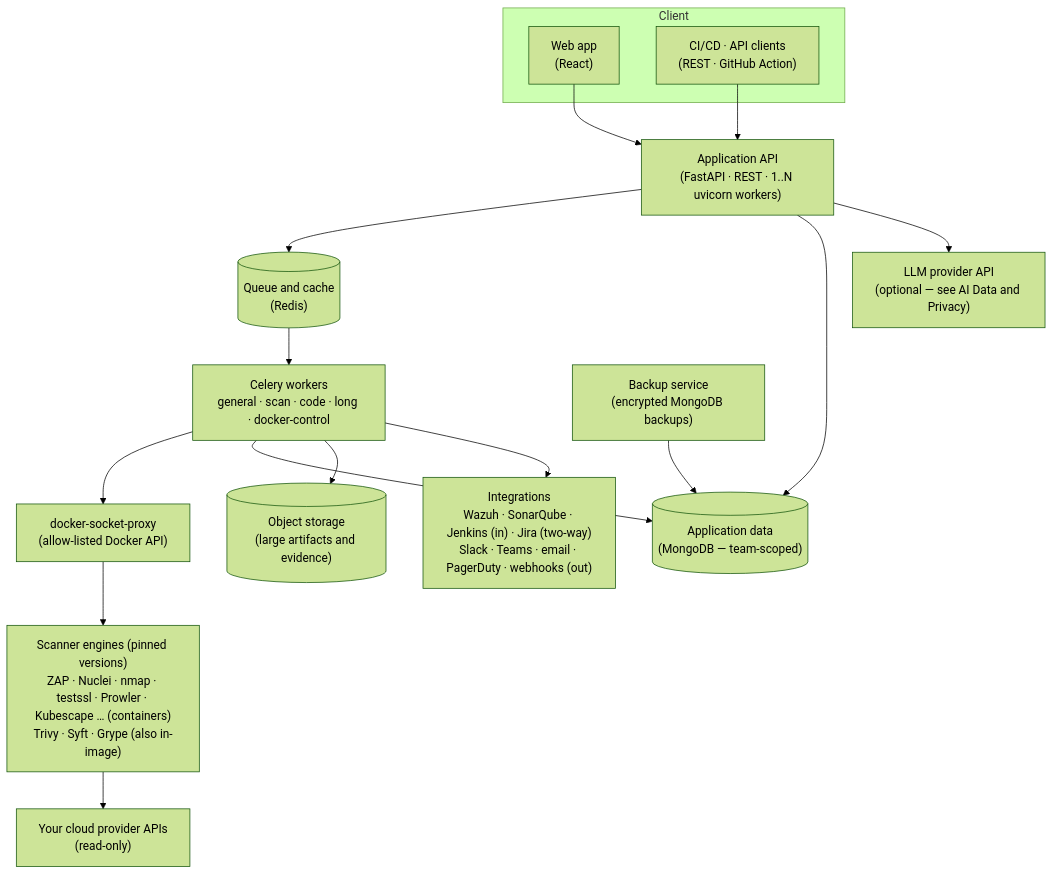
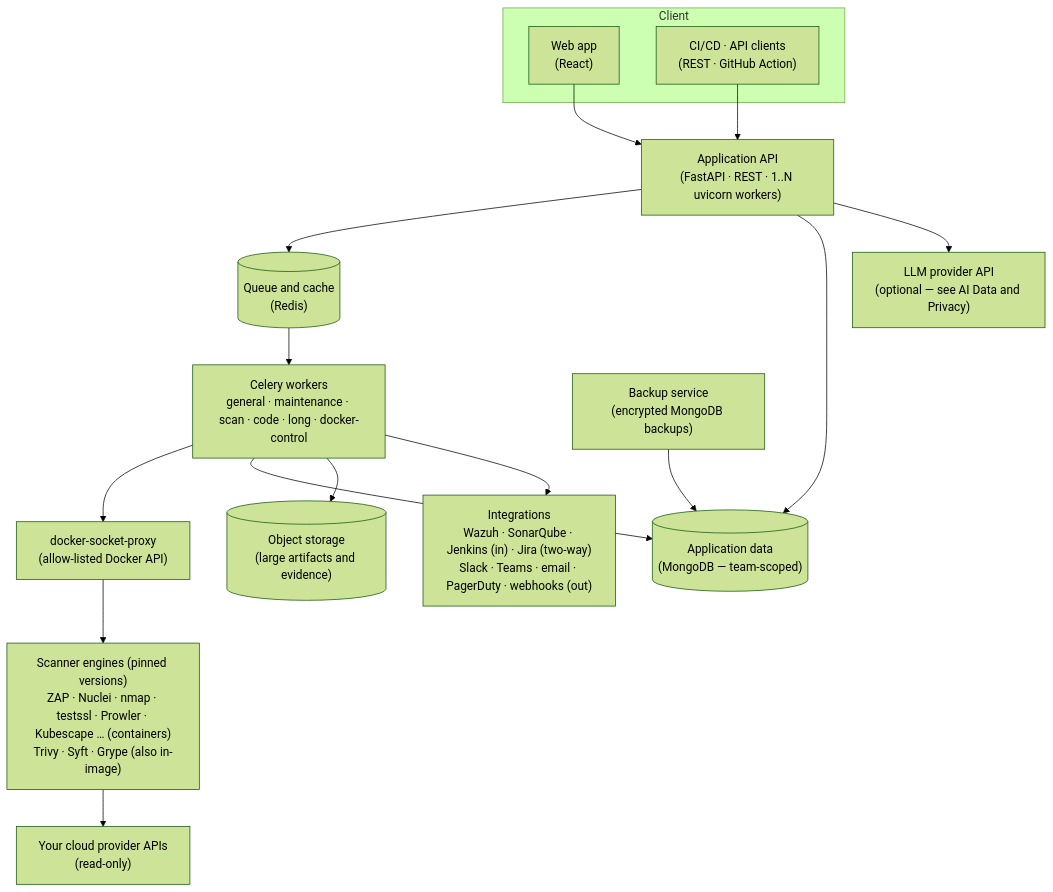
The first of 2 diagrams in docs/architecture.md (niteshsaini/offloadsecurity-docs), drawn with Mermaid (forest theme) before and after one commit. The commit also changed other lines of this file and 287 other files, not shown here.

````diff
--- a/docs/architecture.md
+++ b/docs/architecture.md
@@ -16,33 +16,33 @@
 ```mermaid
 flowchart TB
   subgraph Client
     UI["Web app<br/>(React)"]
     CI["CI/CD · API clients<br/>(REST · GitHub Action)"]
   end
 
   API["Application API<br/>(FastAPI · REST · 1..N uvicorn workers)"]
   Q[("Queue and cache<br/>(Redis)")]
-  W["Celery workers<br/>general · scan · code · long · docker-control"]
+  W["Celery workers<br/>general · maintenance · scan · code · long · docker-control"]
   DSP["docker-socket-proxy<br/>(allow-listed Docker API)"]
   SC["Scanner engines (pinned versions)<br/>ZAP · Nuclei · nmap · testssl · Prowler · Kubescape … (containers)<br/>Trivy · Syft · Grype (also in-image)"]
   BK["Backup service<br/>(encrypted MongoDB backups)"]
 
   DB[("Application data<br/>(MongoDB — team-scoped)")]
   OBJ[("Object storage<br/>(large artifacts and evidence)")]
 
   EXT["Your cloud provider APIs<br/>(read-only)"]
   INT["Integrations<br/>Wazuh · SonarQube · Jenkins (in) · Jira (two-way)<br/>Slack · Teams · email · PagerDuty · webhooks (out)"]
   LLM["LLM provider API<br/>(optional — see AI Data and Privacy)"]
 
   UI --> API
   CI --> API
   API --> Q --> W
   W --> DSP --> SC
   SC --> EXT
   API --> DB
   W --> DB
   W --> OBJ
   W --> INT
   API --> LLM
   BK --> DB
 ```
````
